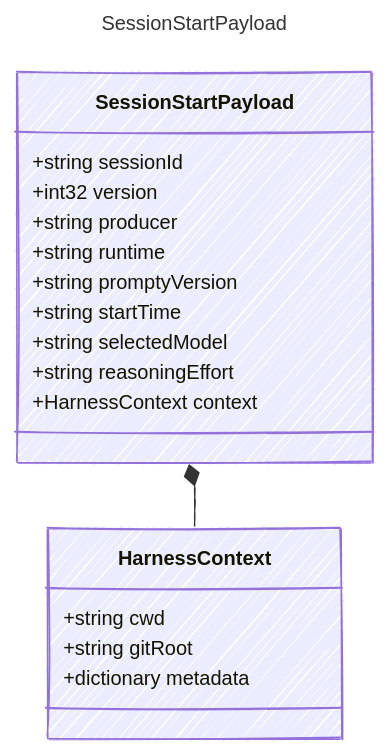
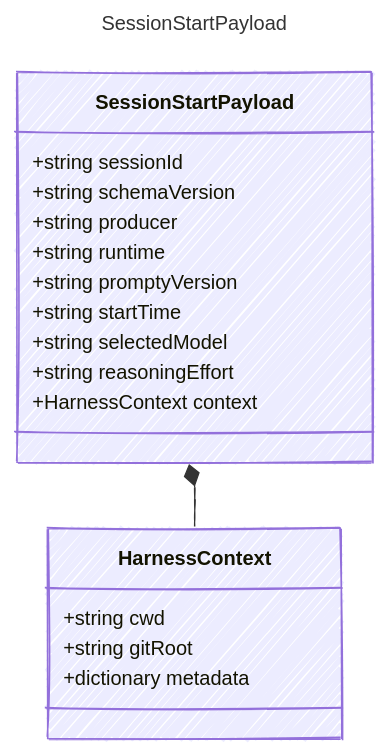
Before and after one commit to microsoft/prompty: the diagram in web/src/content/docs/reference/SessionStartPayload.md, drawn with Mermaid. The commit also changed other lines of this file and 38 other files, not shown here.

````diff
--- a/web/src/content/docs/reference/SessionStartPayload.md
+++ b/web/src/content/docs/reference/SessionStartPayload.md
@@ -11,28 +11,28 @@
 ```mermaid
 ---
 title: SessionStartPayload
 config:
   look: handDrawn
   theme: colorful
   class:
     hideEmptyMembersBox: true
 ---
 classDiagram
     class SessionStartPayload {
         +string sessionId
-        +int32 version
+        +string schemaVersion
         +string producer
         +string runtime
         +string promptyVersion
         +string startTime
         +string selectedModel
         +string reasoningEffort
         +HarnessContext context
     }
     class HarnessContext {
         +string cwd
         +string gitRoot
         +dictionary metadata
     }
     SessionStartPayload *-- HarnessContext
 ```
````
